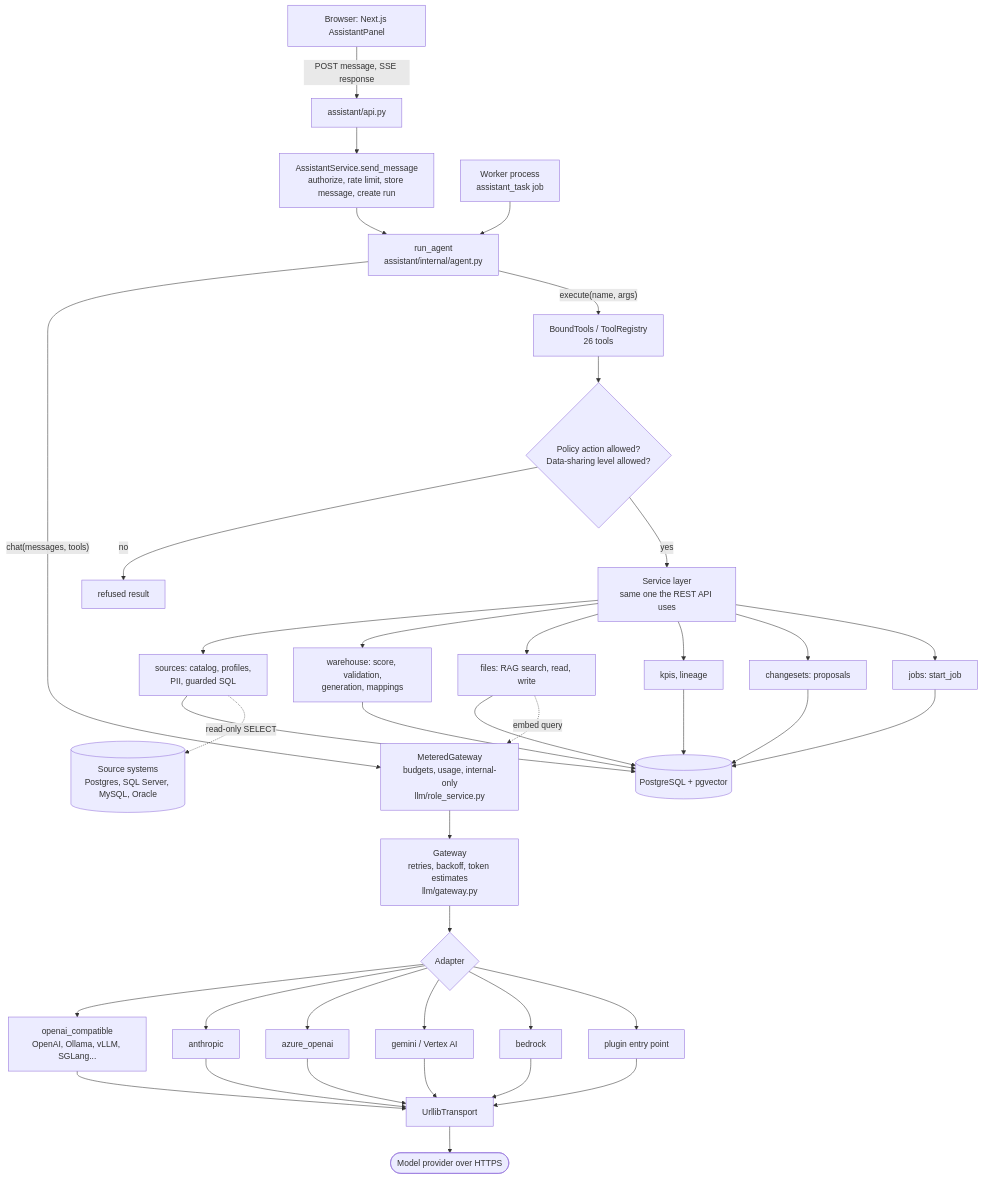
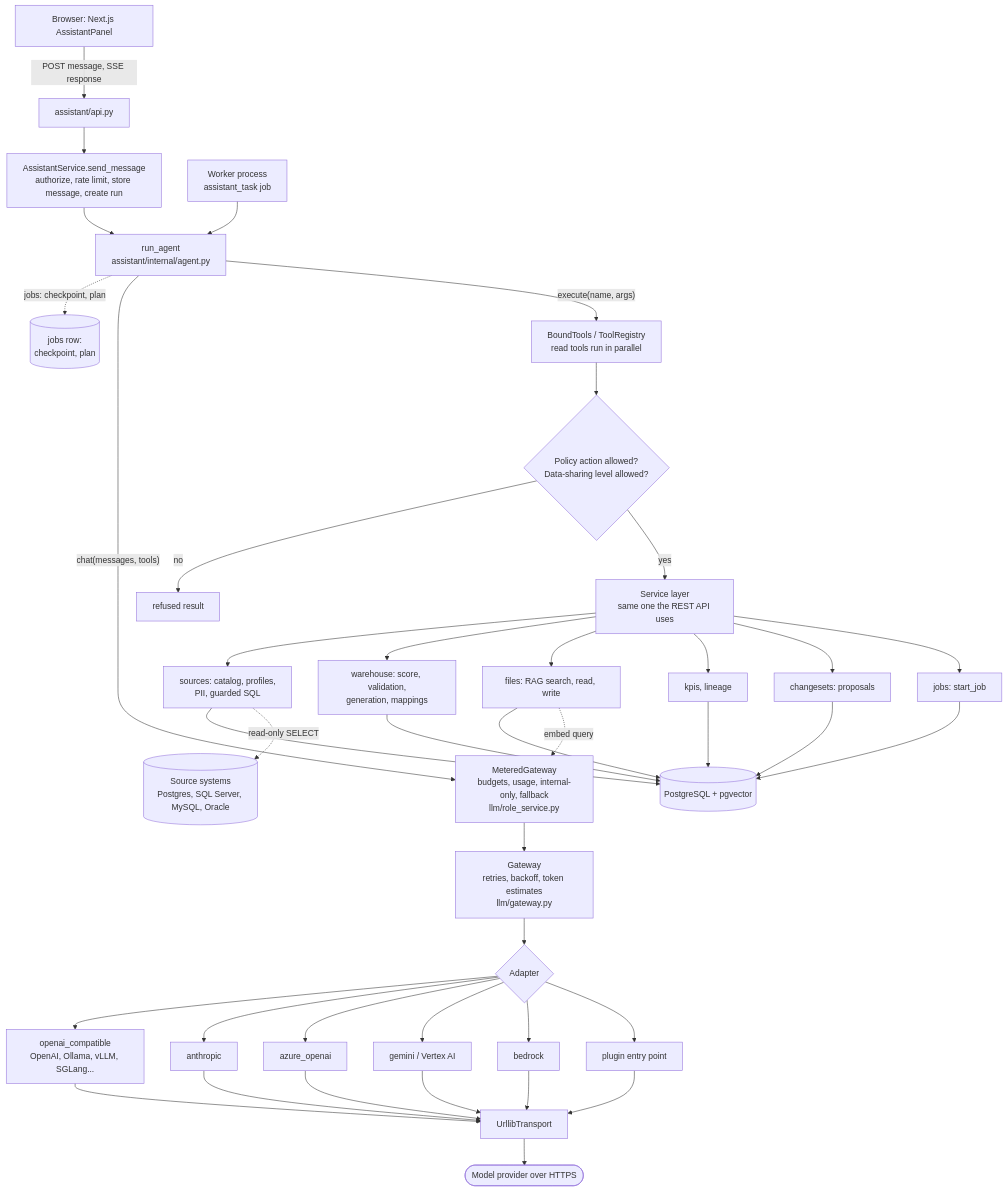
One commit to EslamAlaaZaki/dawam changed the first of 14 diagrams in docs/ai-architecture.md. Above: the diagram before and after it, drawn with Mermaid. The commit also changed other lines of this file and 1 other file, not shown here.

````diff
--- a/docs/ai-architecture.md
+++ b/docs/ai-architecture.md
@@ -48,32 +48,33 @@
 ```mermaid
 flowchart TD
     UI["Browser: Next.js AssistantPanel"] -->|"POST message, SSE response"| API["assistant/api.py"]
     API --> SVC["AssistantService.send_message<br/>authorize, rate limit, store message, create run"]
     SVC --> LOOP["run_agent<br/>assistant/internal/agent.py"]
     WORKER["Worker process<br/>assistant_task job"] --> LOOP
+    LOOP -.->|"jobs: checkpoint, plan"| CKP[("jobs row:<br/>checkpoint, plan")]
 
-    LOOP -->|"chat(messages, tools)"| MG["MeteredGateway<br/>budgets, usage, internal-only<br/>llm/role_service.py"]
+    LOOP -->|"chat(messages, tools)"| MG["MeteredGateway<br/>budgets, usage, internal-only, fallback<br/>llm/role_service.py"]
     MG --> GW["Gateway<br/>retries, backoff, token estimates<br/>llm/gateway.py"]
     GW --> AD{"Adapter"}
     AD --> A1["openai_compatible<br/>OpenAI, Ollama, vLLM, SGLang..."]
     AD --> A2["anthropic"]
     AD --> A3["azure_openai"]
     AD --> A4["gemini / Vertex AI"]
     AD --> A5["bedrock"]
     AD --> A6["plugin entry point"]
     A1 & A2 & A3 & A4 & A5 & A6 --> TR["UrllibTransport"] --> P(["Model provider over HTTPS"])
 
-    LOOP -->|"execute(name, args)"| TOOLS["BoundTools / ToolRegistry<br/>26 tools"]
+    LOOP -->|"execute(name, args)"| TOOLS["BoundTools / ToolRegistry<br/>read tools run in parallel"]
     TOOLS --> AUTHZ{"Policy action allowed?<br/>Data-sharing level allowed?"}
     AUTHZ -->|no| REF["refused result"]
     AUTHZ -->|yes| SL["Service layer<br/>same one the REST API uses"]
     SL --> S1["sources: catalog, profiles,<br/>PII, guarded SQL"]
     SL --> S2["warehouse: score, validation,<br/>generation, mappings"]
     SL --> S3["files: RAG search, read, write"]
     SL --> S4["kpis, lineage"]
     SL --> S5["changesets: proposals"]
     SL --> S6["jobs: start_job"]
     S1 & S2 & S3 & S4 & S5 & S6 --> DB[("PostgreSQL + pgvector")]
     S1 -.->|"read-only SELECT"| SRC[("Source systems<br/>Postgres, SQL Server, MySQL, Oracle")]
     S3 -.->|"embed query"| MG
 ```
````
